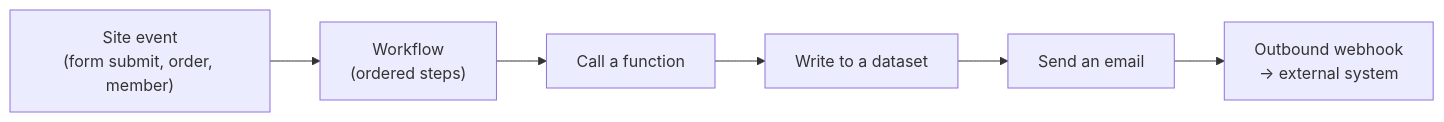
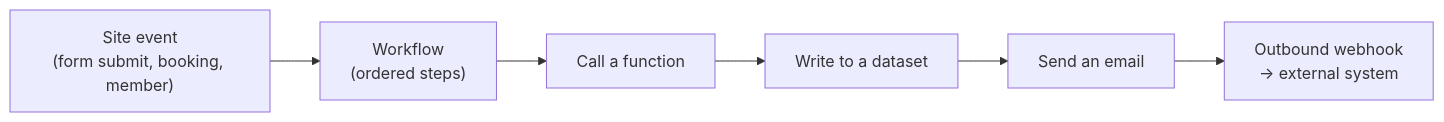
The diagram in apps/docs/docs/marketing-and-automation/workflows-and-actions/overview.md (aglyn/aglyn), drawn with Mermaid before and after one commit. The commit also changed other lines of this file and 24 other files, not shown here.

````diff
--- a/apps/docs/docs/marketing-and-automation/workflows-and-actions/overview.md
+++ b/apps/docs/docs/marketing-and-automation/workflows-and-actions/overview.md
@@ -29,8 +29,8 @@
 ```mermaid
 flowchart LR
-  E["Site event<br/>(form submit, order, member)"] --> W["Workflow<br/>(ordered steps)"]
+  E["Site event<br/>(form submit, booking, member)"] --> W["Workflow<br/>(ordered steps)"]
   W --> S1["Call a function"]
   S1 --> S2["Write to a dataset"]
   S2 --> S3["Send an email"]
   S3 --> WH["Outbound webhook<br/>→ external system"]
 ```
````
